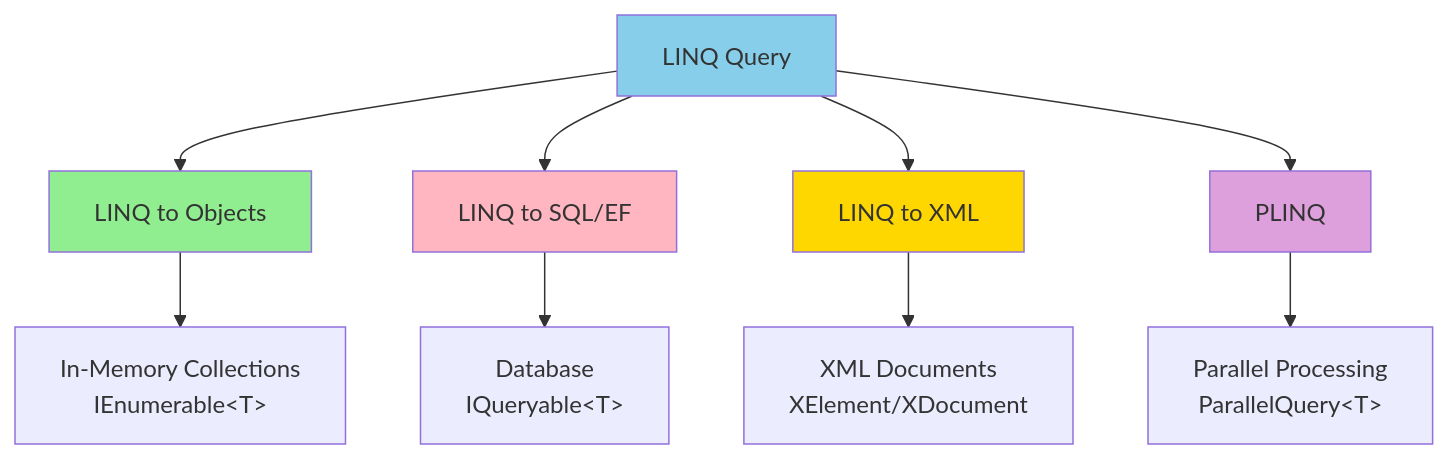
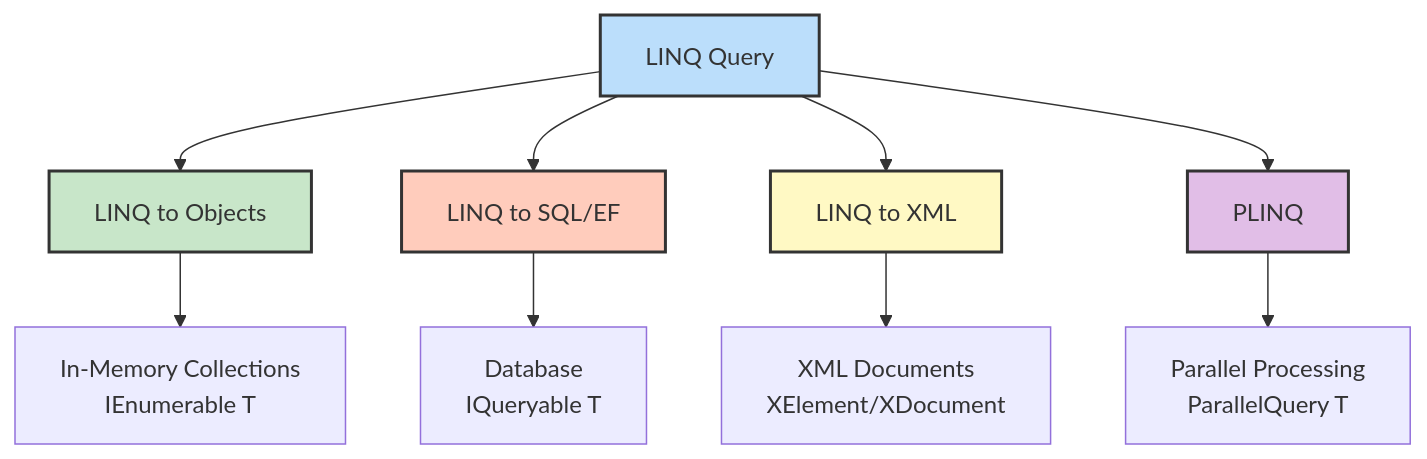
Before and after one commit to NguyenPhamCode4You/ai-home-lab-docker-compose: the first of 9 diagrams in C# fundamentals/day04-linq-patterns.md, drawn with Mermaid. The commit also changed other lines of this file and 10 other files, not shown here.

````diff
--- a/C# fundamentals/day04-linq-patterns.md
+++ b/C# fundamentals/day04-linq-patterns.md
@@ -21,18 +21,18 @@
 ```mermaid
 graph TB
     A[LINQ Query] --> B[LINQ to Objects]
     A --> C[LINQ to SQL/EF]
     A --> D[LINQ to XML]
     A --> E[PLINQ]
 
-    B --> F[In-Memory Collections<br/>IEnumerable&lt;T&gt;]
-    C --> G[Database<br/>IQueryable&lt;T&gt;]
+    B --> F[In-Memory Collections<br/>IEnumerable T]
+    C --> G[Database<br/>IQueryable T]
     D --> H[XML Documents<br/>XElement/XDocument]
-    E --> I[Parallel Processing<br/>ParallelQuery&lt;T&gt;]
+    E --> I[Parallel Processing<br/>ParallelQuery T]
 
-    style A fill:#87CEEB
-    style B fill:#90EE90
-    style C fill:#FFB6C1
-    style D fill:#FFD700
-    style E fill:#DDA0DD
+    style A fill:#bbdefb,stroke:#333,stroke-width:2px
+    style B fill:#c8e6c9,stroke:#333,stroke-width:2px
+    style C fill:#ffccbc,stroke:#333,stroke-width:2px
+    style D fill:#fff9c4,stroke:#333,stroke-width:2px
+    style E fill:#e1bee7,stroke:#333,stroke-width:2px
 ```
````
